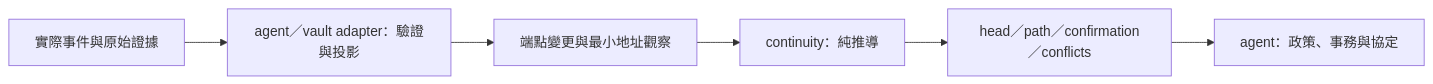
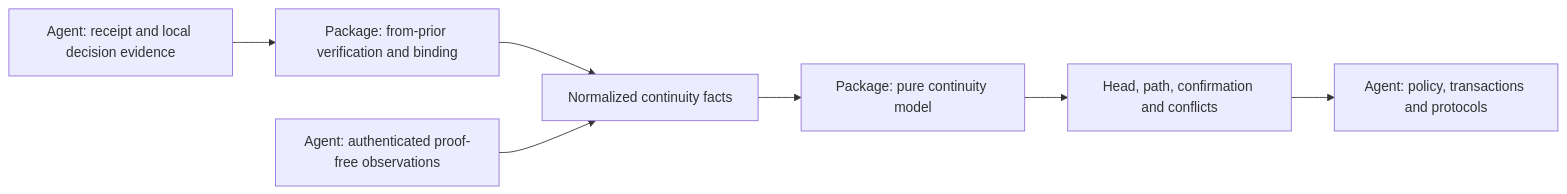
The first of 2 diagrams in docs/replica-model/continuity-domain-design.md (estoc-net/estoc), drawn with Mermaid before and after one commit. The commit also changed other lines of this file and 1 other file, not shown here.

Commit message:
docs: include from-prior APIs in continuity design

````diff
--- a/docs/replica-model/continuity-domain-design.md
+++ b/docs/replica-model/continuity-domain-design.md
@@ -17,8 +29,9 @@
 ```mermaid
 flowchart LR
-    Events[實際事件與原始證據] --> Adapter[agent／vault adapter：驗證與投影]
-    Adapter --> Facts[端點變更與最小地址觀察]
-    Facts --> Model[continuity：純推導]
-    Model --> Result[head／path／confirmation／conflicts]
-    Result --> Agent[agent：政策、事務與協定]
+    Agent[Agent: receipt and local decision evidence] --> Proofs[Package: from-prior verification and binding]
+    Proofs --> Facts[Normalized continuity facts]
+    Observed[Agent: authenticated proof-free observations] --> Facts
+    Facts --> Model[Package: pure continuity model]
+    Model --> Results[Head, path, confirmation and conflicts]
+    Results --> Operations[Agent: policy, transactions and protocols]
 ```
````
